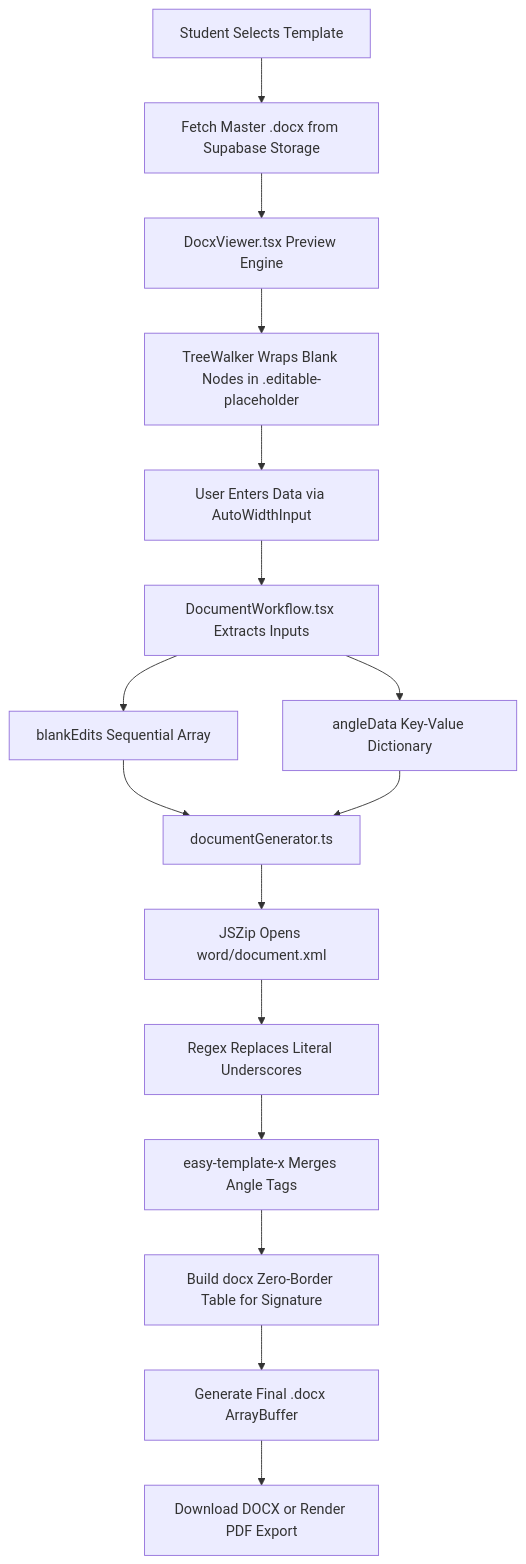
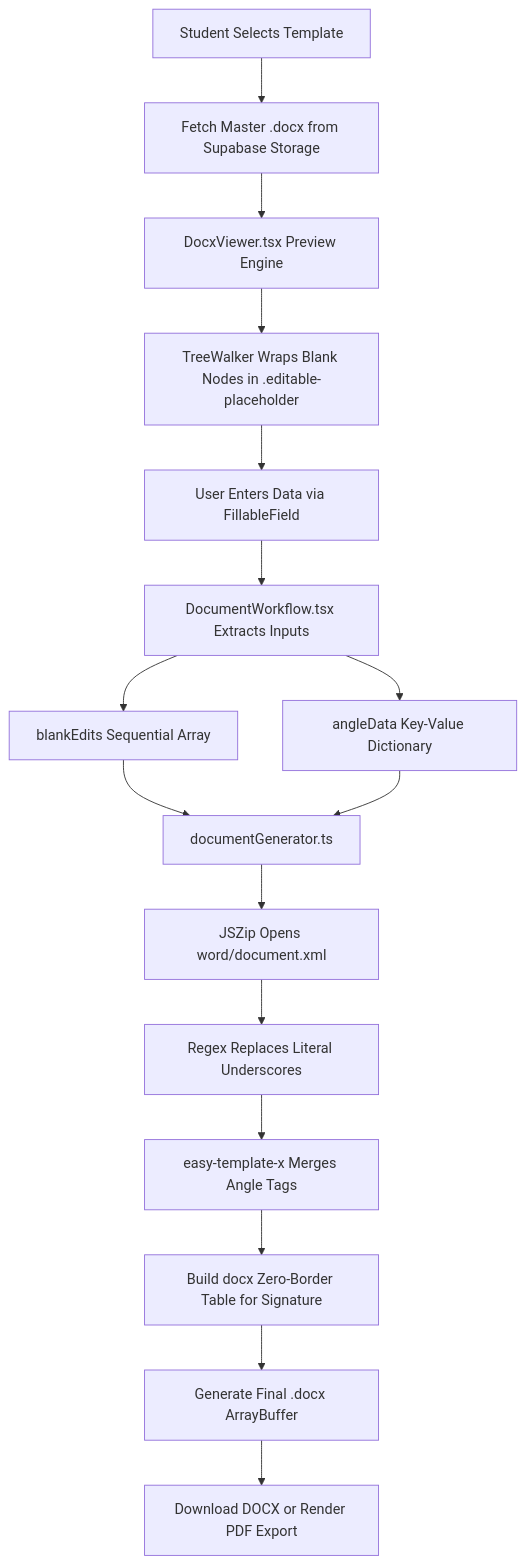
The diagram in docs/features/02_DOCUMENT_PIPELINE.md (s5condlast-cmd/Capstone-2-Official-CloudHosting), drawn with Mermaid before and after one commit. The commit also changed other lines of this file and 22 other files, not shown here.

````diff
--- a/docs/features/02_DOCUMENT_PIPELINE.md
+++ b/docs/features/02_DOCUMENT_PIPELINE.md
@@ -34,18 +54,18 @@
 ```mermaid
 graph TD
     A[Student Selects Template] --> B[Fetch Master .docx from Supabase Storage]
     B --> C[DocxViewer.tsx Preview Engine]
     C --> D[TreeWalker Wraps Blank Nodes in .editable-placeholder]
-    D --> E[User Enters Data via AutoWidthInput]
+    D --> E[User Enters Data via FillableField]
     E --> F[DocumentWorkflow.tsx Extracts Inputs]
     F --> G[blankEdits Sequential Array]
     F --> H[angleData Key-Value Dictionary]
     G --> I[documentGenerator.ts]
     H --> I
     I --> J[JSZip Opens word/document.xml]
     J --> K[Regex Replaces Literal Underscores]
     K --> L[easy-template-x Merges Angle Tags]
     L --> M[Build docx Zero-Border Table for Signature]
     M --> N[Generate Final .docx ArrayBuffer]
     N --> O[Download DOCX or Render PDF Export]
 ```
````
